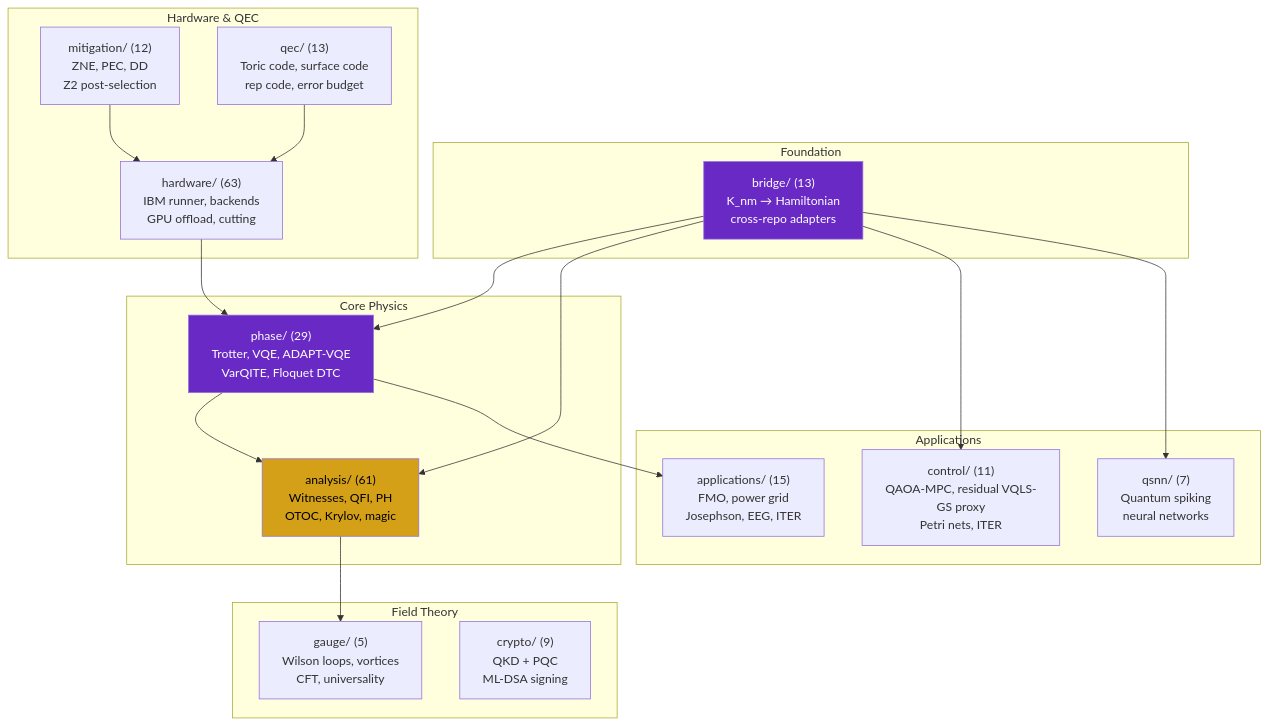
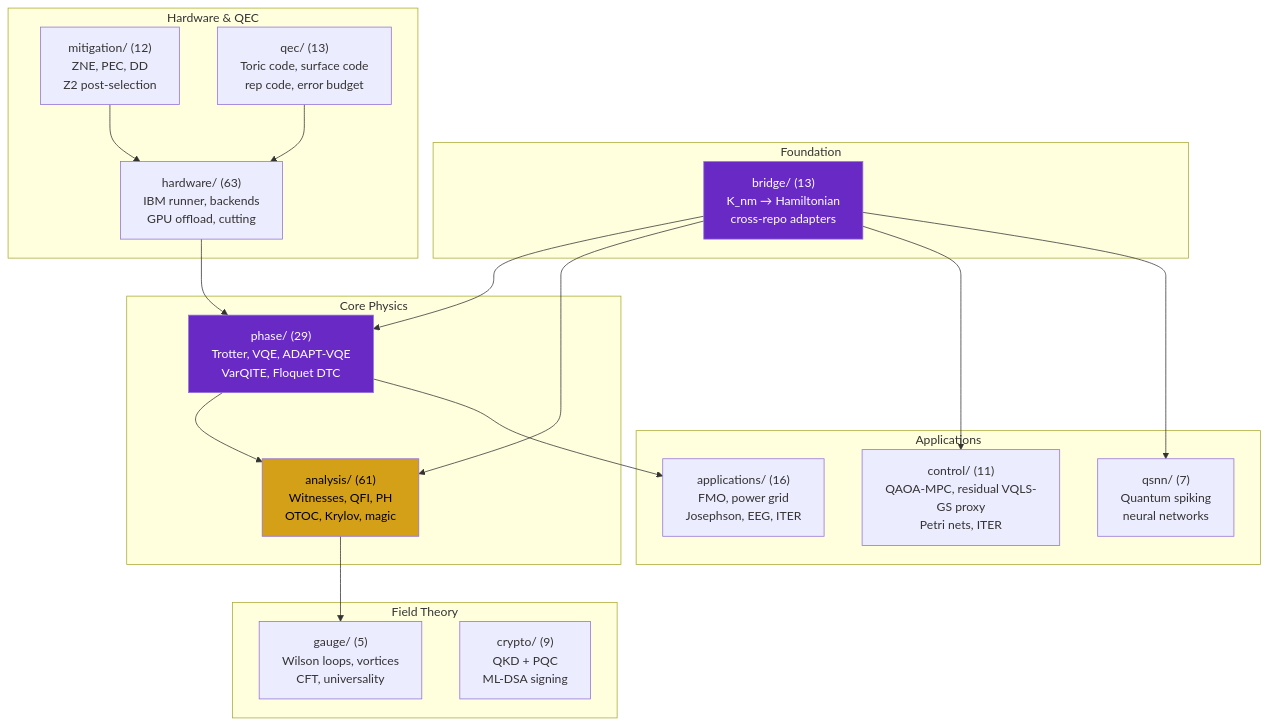
One commit to anulum/scpn-quantum-control changed the first of 2 diagrams in README.md. Above: the diagram before and after it, drawn with Mermaid. The commit also changed other lines of this file and 30 other files, not shown here.

````diff
--- a/README.md
+++ b/README.md
@@ -660,43 +660,43 @@
 ```mermaid
 graph TD
     subgraph Foundation
         bridge["bridge/ (13)\nK_nm → Hamiltonian\ncross-repo adapters"]
     end
 
     subgraph "Core Physics"
         phase["phase/ (29)\nTrotter, VQE, ADAPT-VQE\nVarQITE, Floquet DTC"]
         analysis["analysis/ (61)\nWitnesses, QFI, PH\nOTOC, Krylov, magic"]
     end
 
     subgraph "Applications"
         control["control/ (11)\nQAOA-MPC, residual VQLS-GS proxy\nPetri nets, ITER"]
         qsnn["qsnn/ (7)\nQuantum spiking\nneural networks"]
-        apps["applications/ (15)\nFMO, power grid\nJosephson, EEG, ITER"]
+        apps["applications/ (16)\nFMO, power grid\nJosephson, EEG, ITER"]
     end
 
     subgraph "Hardware & QEC"
         hw["hardware/ (63)\nIBM runner, backends\nGPU offload, cutting"]
         mit["mitigation/ (12)\nZNE, PEC, DD\nZ2 post-selection"]
         qec["qec/ (13)\nToric code, surface code\nrep code, error budget"]
     end
 
     subgraph "Field Theory"
         gauge["gauge/ (5)\nWilson loops, vortices\nCFT, universality"]
         crypto["crypto/ (9)\nQKD + PQC\nML-DSA signing"]
     end
 
     bridge --> phase
     bridge --> analysis
     bridge --> control
     bridge --> qsnn
     phase --> analysis
     phase --> apps
     hw --> phase
     mit --> hw
     qec --> hw
     analysis --> gauge
 
     style bridge fill:#6929C4,color:#fff
     style analysis fill:#d4a017,color:#000
     style phase fill:#6929C4,color:#fff
 ```
````
